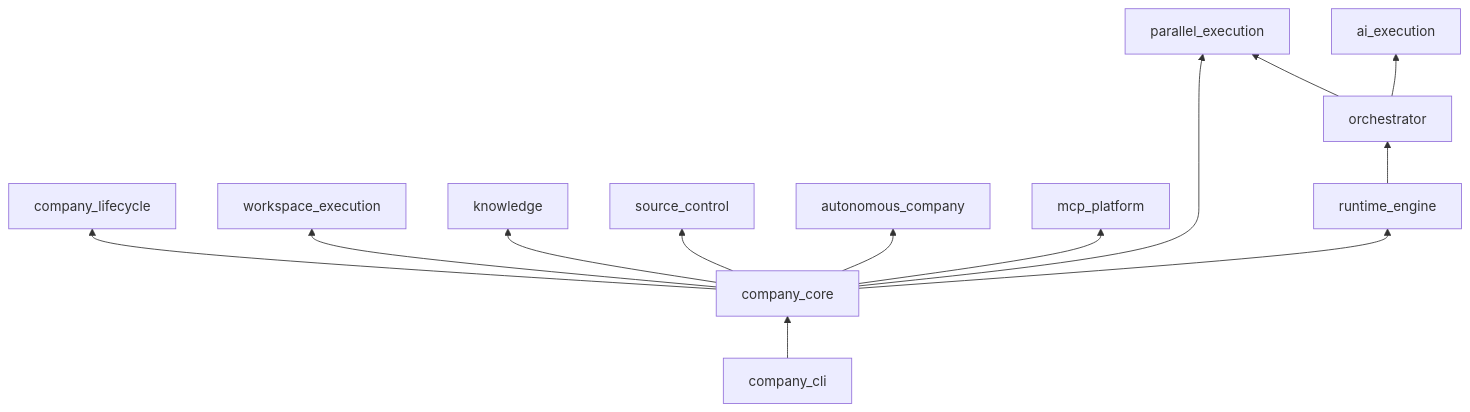
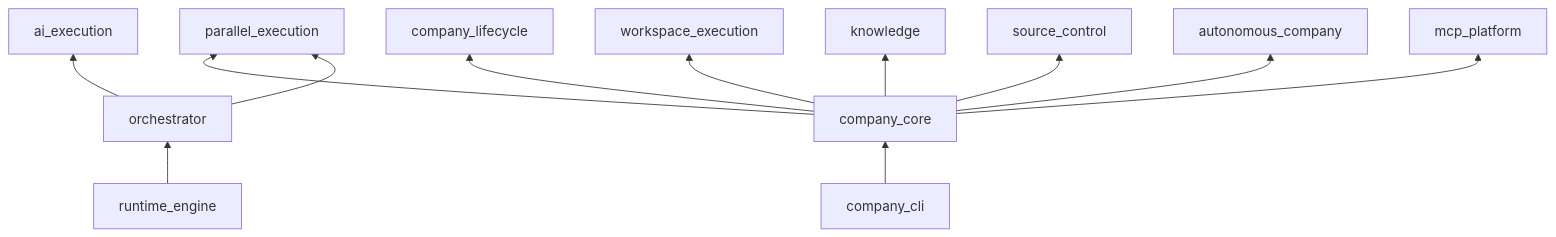
The diagram in docs/framework/dependency-map.md (anuuragbhardwaj/EngineeringOS), drawn with Mermaid before and after one commit. The commit also changed other lines of this file and 40 other files, not shown here.

````diff
--- a/docs/framework/dependency-map.md
+++ b/docs/framework/dependency-map.md
@@ -63,28 +63,27 @@
 ```mermaid
 flowchart BT
     CC[company_core]
     CL[company_lifecycle]
     WE[workspace_execution]
     KN[knowledge]
     SC[source_control]
     PE[parallel_execution]
     AC[autonomous_company]
     MP[mcp_platform]
     RT[runtime_engine]
     OR[orchestrator]
     AI[ai_execution]
     CLI[company_cli]
 
     CLI --> CC
     CC --> CL
     CC --> WE
     CC --> KN
     CC --> SC
     CC --> PE
     CC --> AC
     CC --> MP
-    CC --> RT
     RT --> OR
     OR --> AI
     OR --> PE
 ```
````
